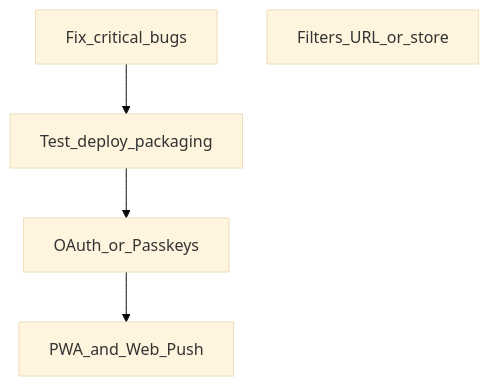
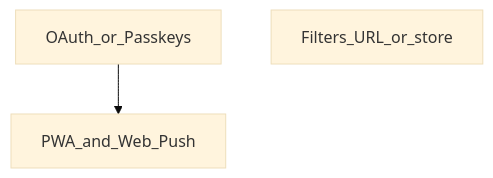
One commit to TemaGolovin/finance-track-front changed the diagram in docs/ROADMAP.md. Above: the diagram before and after it, drawn with Mermaid (base theme). The commit also changed other lines of this file and 1 other file, not shown here.

First line of the commit message:
docs: закрыть локальную часть эксплуатации в ROADMAP и DONE

````diff
--- a/docs/ROADMAP.md
+++ b/docs/ROADMAP.md
@@ -139,12 +128,8 @@
 ```mermaid
 flowchart TD
-  bugs["Fix_critical_bugs"]
-  deploy[Test_deploy_packaging]
   auth[OAuth_or_Passkeys]
   pwa[PWA_and_Web_Push]
   filters[Filters_URL_or_store]
 
-  bugs --> deploy
-  deploy --> auth
   auth --> pwa
 ```
````
